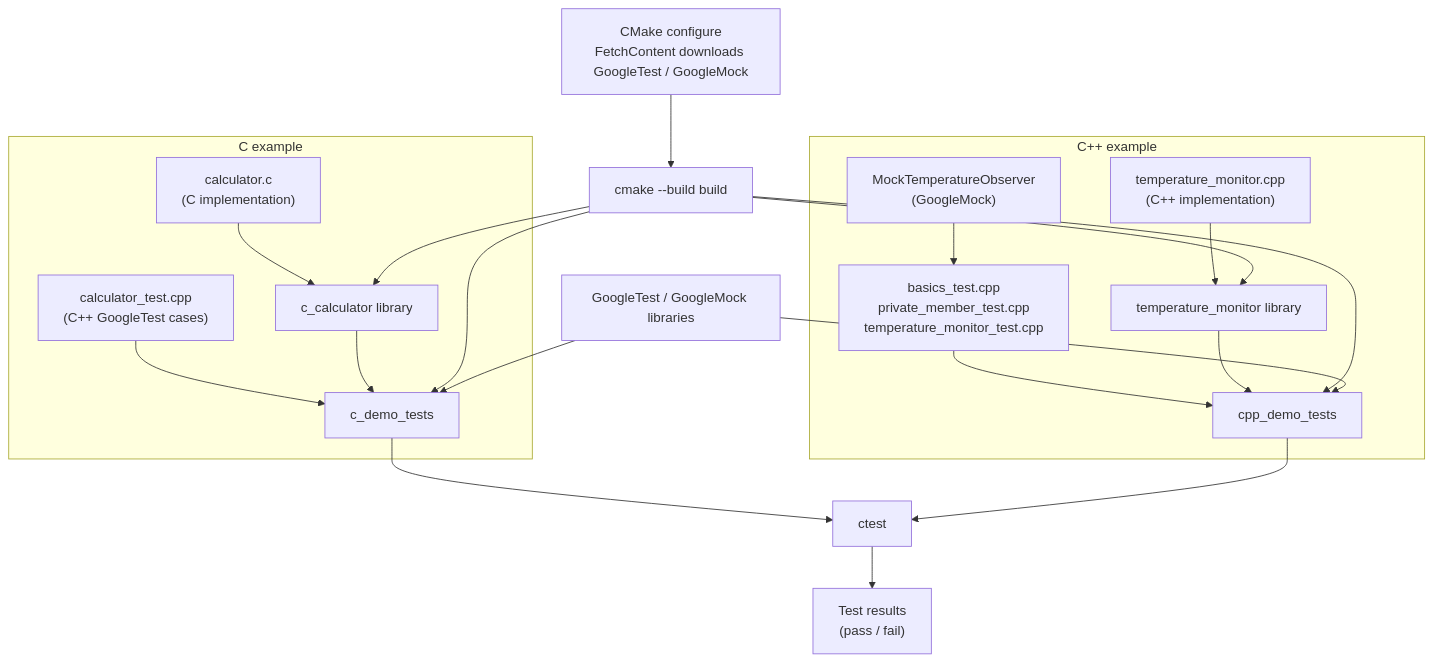
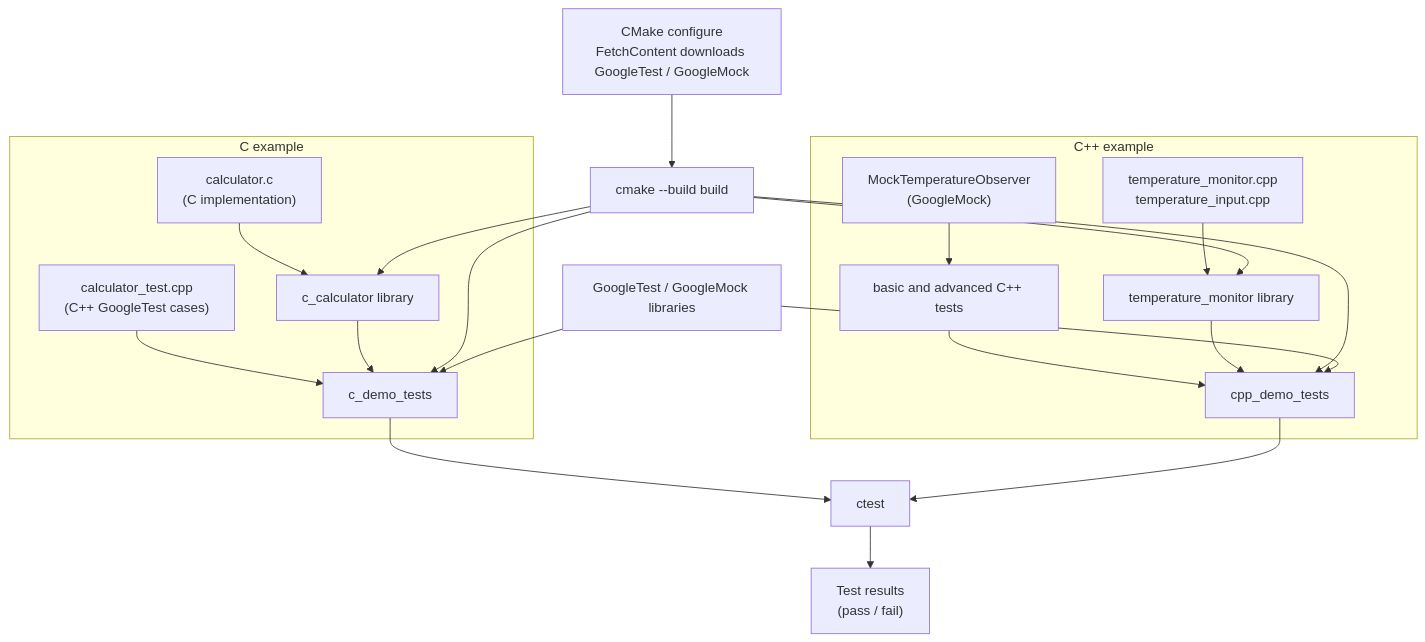
One commit to JohnBlue-git/HowToGoogleTest changed the first of 6 diagrams in README.md. Above: the diagram before and after it, drawn with Mermaid. The commit also changed other lines of this file and 11 other files, not shown here.

Commit message:
Add advanced GoogleTest examples

````diff
--- a/README.md
+++ b/README.md
@@ -39,31 +39,31 @@
 ```mermaid
 flowchart TD
     CMake["CMake configure<br/>FetchContent downloads GoogleTest / GoogleMock"]
     Build["cmake --build build"]
     CTest["ctest"]
 
     subgraph CExample["C example"]
         CSource["calculator.c<br/>(C implementation)"] --> CLib["c_calculator library"]
         CTests["calculator_test.cpp<br/>(C++ GoogleTest cases)"] --> CRunner["c_demo_tests"]
         CLib --> CRunner
     end
 
     subgraph CppExample["C++ example"]
-        CppSource["temperature_monitor.cpp<br/>(C++ implementation)"] --> CppLib["temperature_monitor library"]
-        CppTests["basics_test.cpp<br/>private_member_test.cpp<br/>temperature_monitor_test.cpp"] --> CppRunner["cpp_demo_tests"]
+        CppSource["temperature_monitor.cpp<br/>temperature_input.cpp"] --> CppLib["temperature_monitor library"]
+        CppTests["basic and advanced C++ tests"] --> CppRunner["cpp_demo_tests"]
         CppLib --> CppRunner
         Mock["MockTemperatureObserver<br/>(GoogleMock)"] --> CppTests
     end
 
     GTest["GoogleTest / GoogleMock libraries"]
     CMake --> Build
     Build --> CLib
     Build --> CRunner
     Build --> CppLib
     Build --> CppRunner
     GTest --> CRunner
     GTest --> CppRunner
     CRunner --> CTest
     CppRunner --> CTest
     CTest --> Results["Test results<br/>(pass / fail)"]
 ```
````
